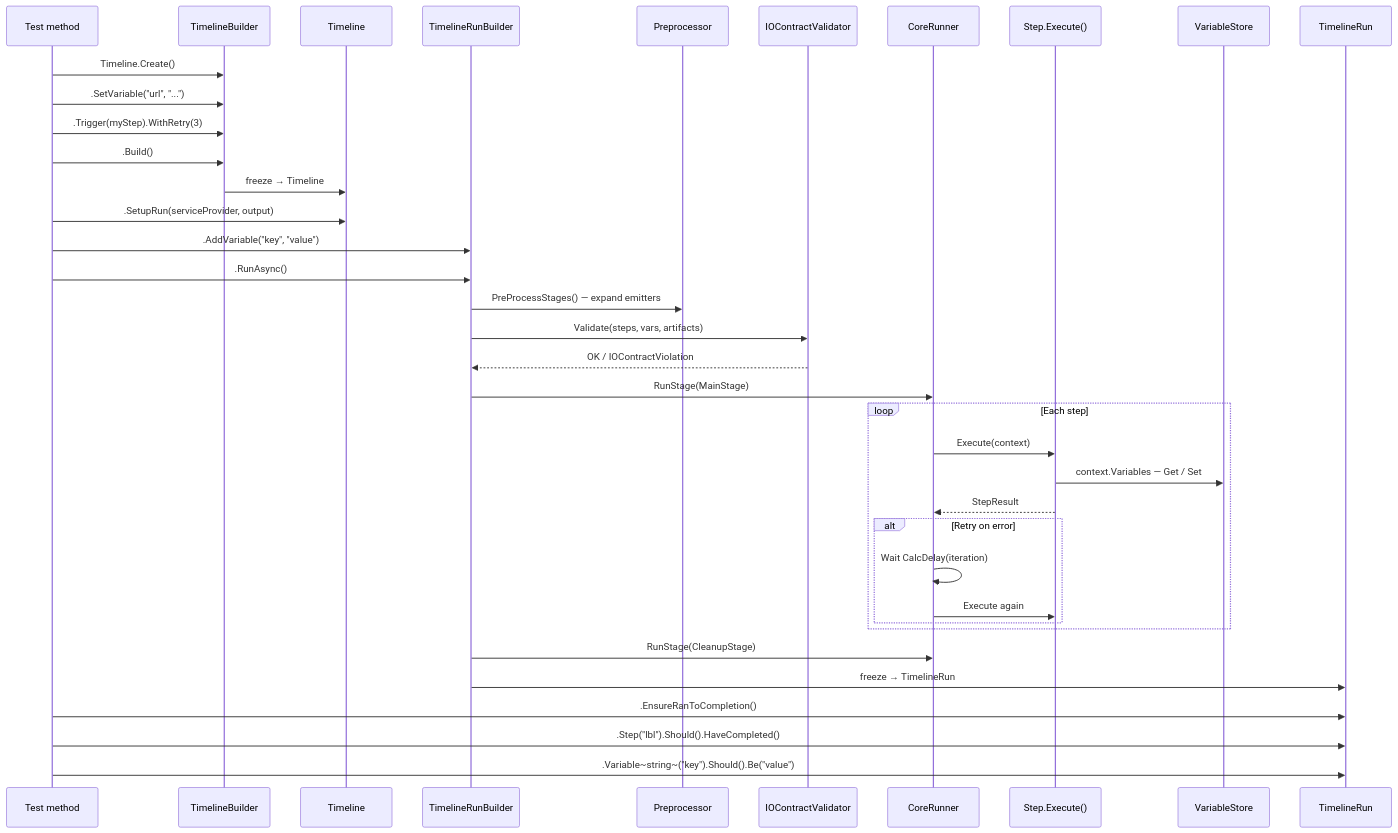
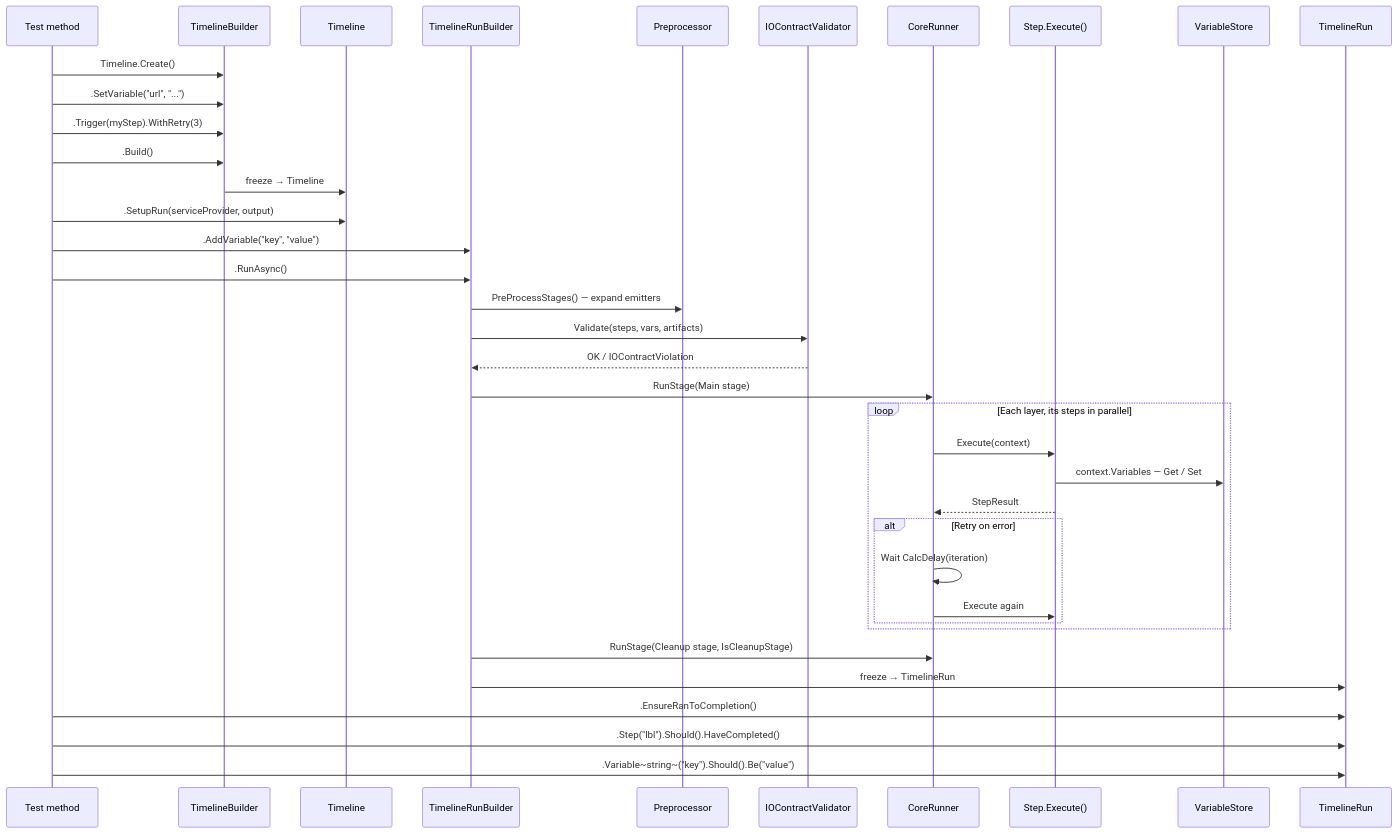
One commit to DeadMoon0/TestFramework-Core changed the ninth of 16 diagrams in Documentation/Arc42.md. Above: the diagram before and after it, drawn with Mermaid. The commit also changed other lines of this file and 19 other files, not shown here.

````diff
--- a/Documentation/Arc42.md
+++ b/Documentation/Arc42.md
@@ -348,44 +348,44 @@
 ```mermaid
 sequenceDiagram
     participant Test as Test method
     participant TB as TimelineBuilder
     participant TL as Timeline
     participant TRB as TimelineRunBuilder
     participant PP as Preprocessor
     participant VAL as IOContractValidator
     participant CR as CoreRunner
     participant Step as Step.Execute()
     participant VS as VariableStore
     participant TR as TimelineRun
 
     Test->>TB: Timeline.Create()
     Test->>TB: .SetVariable("url", "...")
     Test->>TB: .Trigger(myStep).WithRetry(3)
     Test->>TB: .Build()
     TB->>TL: freeze → Timeline
 
     Test->>TL: .SetupRun(serviceProvider, output)
     Test->>TRB: .AddVariable("key", "value")
     Test->>TRB: .RunAsync()
 
     TRB->>PP: PreProcessStages() — expand emitters
     TRB->>VAL: Validate(steps, vars, artifacts)
     VAL-->>TRB: OK / IOContractViolation
 
-    TRB->>CR: RunStage(MainStage)
-    loop Each step
+    TRB->>CR: RunStage(Main stage)
+    loop Each layer, its steps in parallel
         CR->>Step: Execute(context)
         Step->>VS: context.Variables — Get / Set
         Step-->>CR: StepResult
         alt Retry on error
             CR->>CR: Wait CalcDelay(iteration)
             CR->>Step: Execute again
         end
     end
-    TRB->>CR: RunStage(CleanupStage)
+    TRB->>CR: RunStage(Cleanup stage, IsCleanupStage)
     TRB->>TR: freeze → TimelineRun
 
     Test->>TR: .EnsureRanToCompletion()
     Test->>TR: .Step("lbl").Should().HaveCompleted()
     Test->>TR: .Variable~string~("key").Should().Be("value")
 ```
````
